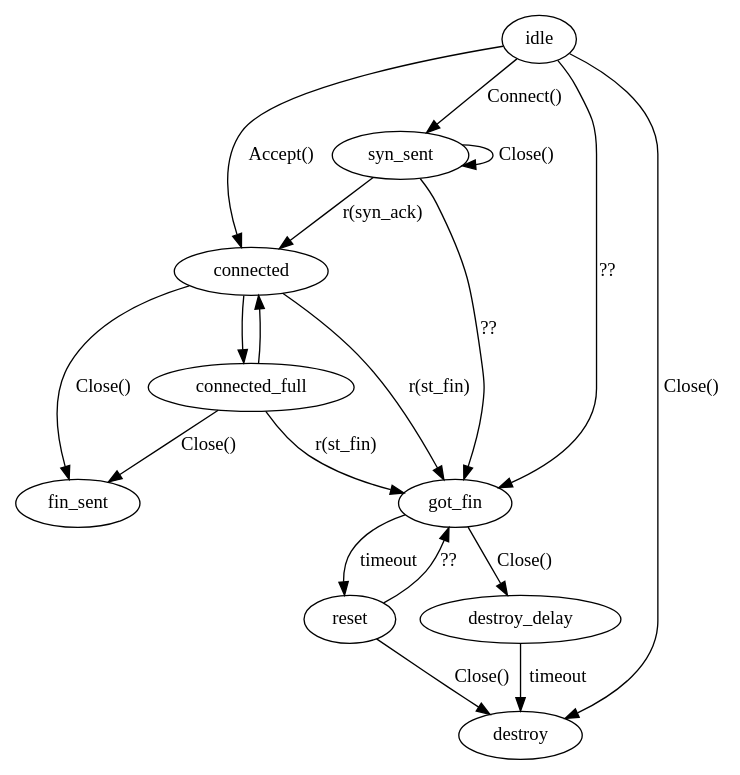
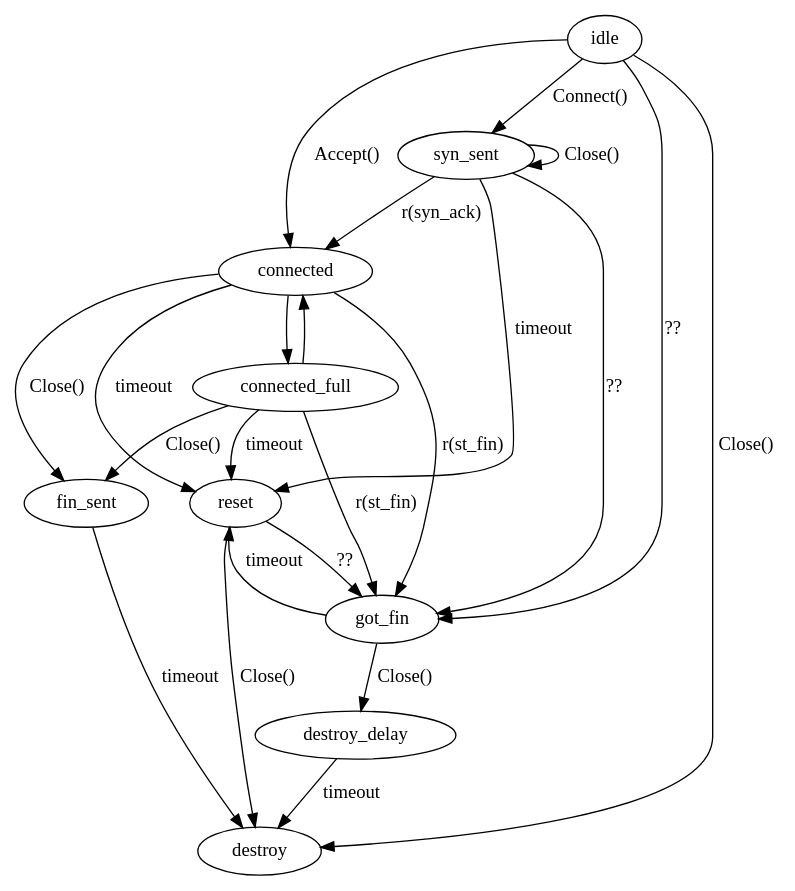
One commit to jlouis/etorrent changed the diagram in documentation/utp.dot. Above: the diagram before and after it, drawn with Graphviz. The commit also changed other lines of this file and 1 other file, not shown here.

Commit message:
Bump the transition diagram + todo list.

```diff
--- a/documentation/utp.dot
+++ b/documentation/utp.dot
@@ -1,27 +1,31 @@
 digraph {
 	/* Initialization */
 	idle -> syn_sent [label="Connect()"];
 	syn_sent -> connected [label="r(syn_ack)"];
 	idle -> connected [label="Accept()"];
 	/* Close */
 	idle -> destroy [label="Close()"];
 	syn_sent -> syn_sent [label="Close()"];
 	connected -> fin_sent [label="Close()"];
 	connected_full -> fin_sent [label="Close()"];
 	got_fin -> destroy_delay [label="Close()"];
 	reset -> destroy [label="Close()"];
 	/* Connection SendBuf overflow */
 	connected -> connected_full;
 	connected_full -> connected;
 	/* Destroy */
 	destroy_delay -> destroy [label="timeout"];
 	got_fin -> reset [label="timeout"];
 	/* Finailization */
 	connected -> got_fin [label="r(st_fin)"];
 	connected_full -> got_fin [label="r(st_fin)"];
 	syn_sent -> got_fin [label="??"];
 	idle     -> got_fin [label="??"];
 	reset    -> got_fin [label="??"];
+	fin_sent -> destroy [label="timeout"];
+	/* Resetting */
+	syn_sent -> reset [label="timeout"];
+	connected -> reset [label="timeout"];
+	connected_full -> reset [label="timeout"];
 
-	
 }
```
